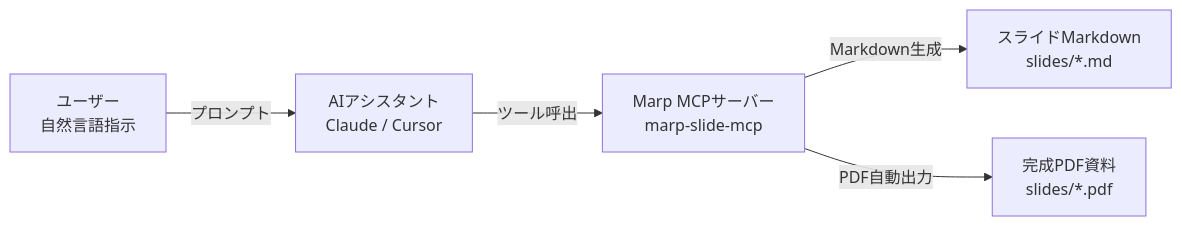
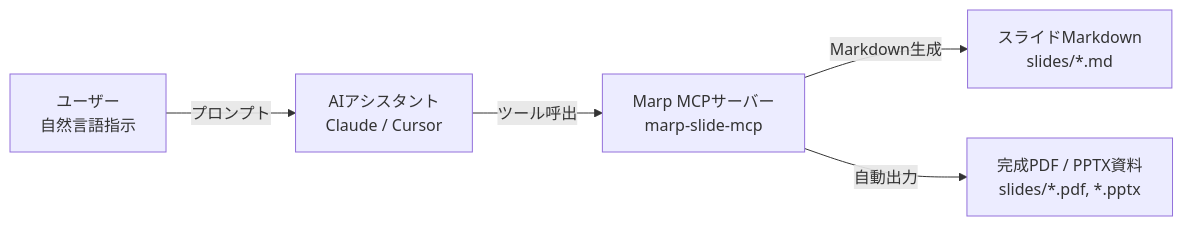
Before and after one commit to N-Y-Public/marp-slide-mcp: the diagram in slides/D01-000001_Marpの使い方/D01-000001_Marpの使い方.md, drawn with Mermaid. The commit also changed other lines of this file and 17 other files, not shown here.

````diff
--- a/slides/D01-000001_Marpの使い方/D01-000001_Marpの使い方.md
+++ b/slides/D01-000001_Marpの使い方/D01-000001_Marpの使い方.md
@@ -411,7 +502,7 @@
 ```mermaid
 graph LR
     User[ユーザー<br>自然言語指示] -->|プロンプト| AI[AIアシスタント<br>Claude / Cursor]
     AI -->|ツール呼出| MCP[Marp MCPサーバー<br>marp-slide-mcp]
     MCP -->|Markdown生成| MD[スライドMarkdown<br>slides/*.md]
-    MCP -->|PDF自動出力| PDF[完成PDF資料<br>slides/*.pdf]
+    MCP -->|自動出力| PDF[完成PDF / PPTX資料<br>slides/*.pdf, *.pptx]
 ```
````
